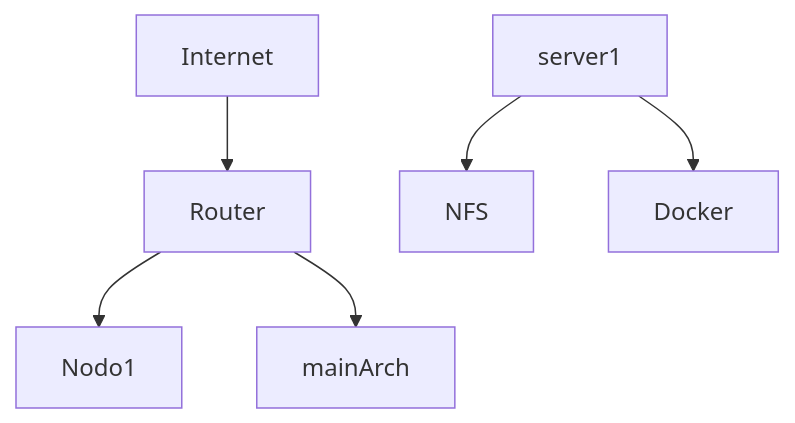
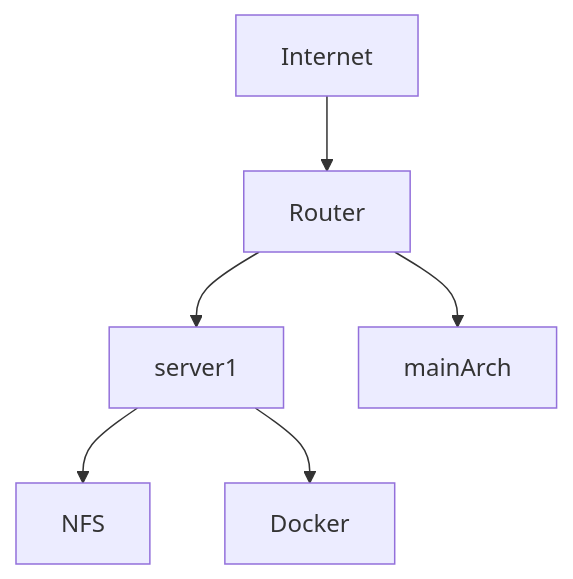
The diagram in README.md (conf-27/Homelab), drawn with Mermaid before and after one commit.

````diff
--- a/README.md
+++ b/README.md
@@ -5,8 +5,8 @@
 ```mermaid
 graph TD
     Internet --> Router
-    Router --> Nodo1
+    Router --> server1
     Router --> mainArch
     server1 --> NFS
     server1 --> Docker
 ```
````
